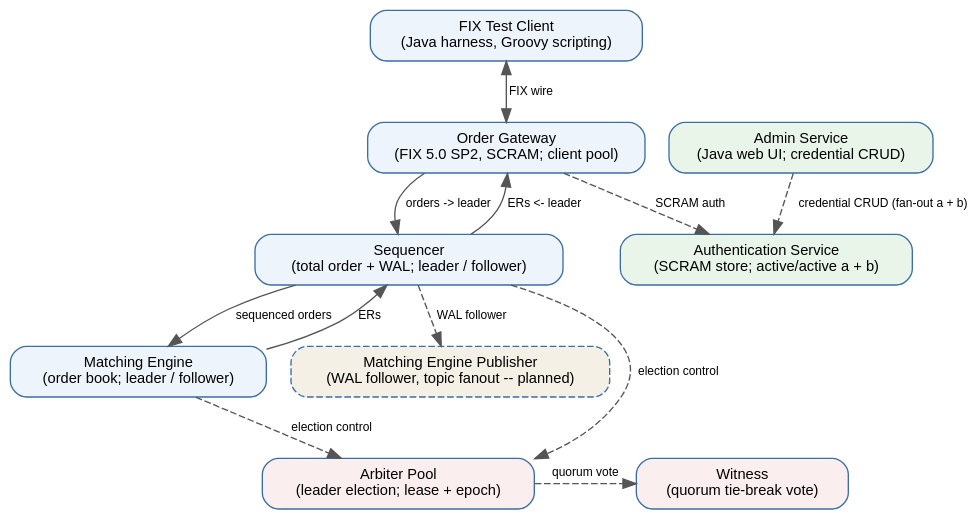
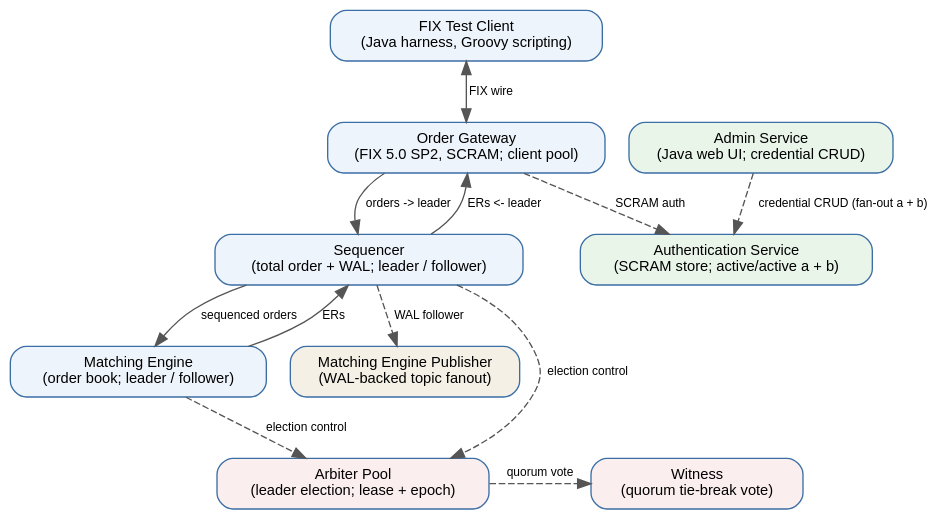
Before and after one commit to marlowa/pubsub-project: the diagram in docs/architecture.dot, drawn with Graphviz. The commit also changed 14 other files, not shown here.

```diff
--- a/docs/architecture.dot
+++ b/docs/architecture.dot
@@ -1,64 +1,64 @@
 digraph architecture {
     // pubsub_itc_fw component topology -- a clickable navigation map.
     //
     // Each box links to that component's documentation via URL="\ref <page-label>".
     // Doxygen resolves the \ref when this file is embedded with \dotfile, turning the
     // rendered PNG into a client-side image map.
     //
     // Edge conventions:
     //   solid  = order / execution-report data path
     //   dashed = control plane (HA election, credential CRUD, WAL fanout) -- never on
     //            the latency-critical order/ER path.
 
     rankdir = TB;
     bgcolor = "transparent";
     node [shape=box, style="rounded,filled", fillcolor="#eef4fb", color="#3b6ea5",
           fontname="Helvetica", fontsize=11, margin="0.18,0.10"];
     edge [fontname="Helvetica", fontsize=9, color="#555555"];
 
     // --- components (each links to its documentation page) ---
     fix_test_client [label="FIX Test Client\n(Java harness, Groovy scripting)",
                      URL="\ref fix_test_client"];
     order_gateway   [label="Order Gateway\n(FIX 5.0 SP2, SCRAM; client pool)",
                      URL="\ref order_gateway"];
     sequencer       [label="Sequencer\n(total order + WAL; leader / follower)",
                      URL="\ref sequencer_app"];
     matching_engine [label="Matching Engine\n(order book; leader / follower)",
                      URL="\ref matching_engine"];
-    mep             [label="Matching Engine Publisher\n(WAL follower, topic fanout -- planned)",
-                     style="rounded,filled,dashed", fillcolor="#f4f0e6",
-                     URL="\ref mep_tap"];
+    mep             [label="Matching Engine Publisher\n(WAL-backed topic fanout)",
+                     style="rounded,filled", fillcolor="#f4f0e6",
+                     URL="\ref pubsub"];
     authentication  [label="Authentication Service\n(SCRAM store; active/active a + b)",
                      fillcolor="#eaf5ea",
                      URL="\ref authentication_service"];
     admin_service   [label="Admin Service\n(Java web UI; credential CRUD)",
                      fillcolor="#eaf5ea",
                      URL="\ref admin_service"];
     arbiter         [label="Arbiter Pool\n(leader election; lease + epoch)",
                      fillcolor="#fbeeee",
                      URL="\ref arbiter"];
     witness         [label="Witness\n(quorum tie-break vote)",
                      fillcolor="#fbeeee",
                      URL="\ref witness"];
 
     // --- order / ER data path (solid) ---
     fix_test_client -> order_gateway   [label="FIX wire", dir=both];
     order_gateway   -> sequencer       [label="orders -> leader"];
     sequencer       -> order_gateway   [label="ERs <- leader"];
     sequencer       -> matching_engine [label="sequenced orders"];
     matching_engine -> sequencer       [label="ERs"];
 
     // --- credential / auth control plane (dashed) ---
     order_gateway -> authentication [label="SCRAM auth", style=dashed];
     admin_service -> authentication [label="credential CRUD (fan-out a + b)", style=dashed];
 
     // --- WAL fanout (dashed, planned) ---
     sequencer -> mep [label="WAL follower", style=dashed];
 
     // --- HA election control plane (dashed, never on the data path) ---
     sequencer       -> arbiter [label="election control", style=dashed];
     matching_engine -> arbiter [label="election control", style=dashed];
     arbiter         -> witness [label="quorum vote", style=dashed];
 
     { rank=same; arbiter; witness; }
 }
```
